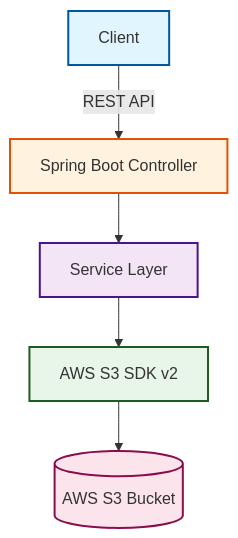
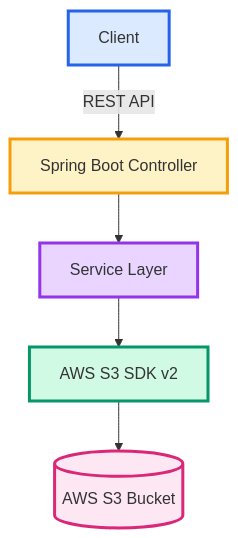
One commit to Vamshi-amudala/file-storage-system changed the diagram in README.md. Above: the diagram before and after it, drawn with Mermaid. The commit also changed other lines of this file, not shown here.

````diff
--- a/README.md
+++ b/README.md
@@ -78,13 +78,13 @@
 ```mermaid
 graph TB
     A[Client] -->|REST API| B[Spring Boot Controller]
     B --> C[Service Layer]
     C --> D[AWS S3 SDK v2]
     D --> E[(AWS S3 Bucket)]
     
-    style A fill:#e1f5ff,stroke:#01579b,stroke-width:2px
-    style B fill:#fff3e0,stroke:#e65100,stroke-width:2px
-    style C fill:#f3e5f5,stroke:#4a148c,stroke-width:2px
-    style D fill:#e8f5e9,stroke:#1b5e20,stroke-width:2px
-    style E fill:#fce4ec,stroke:#880e4f,stroke-width:2px
+    style A fill:#DBEAFE,stroke:#2563EB,stroke-width:3px
+    style B fill:#FEF3C7,stroke:#F59E0B,stroke-width:3px
+    style C fill:#E9D5FF,stroke:#9333EA,stroke-width:3px
+    style D fill:#D1FAE5,stroke:#059669,stroke-width:3px
+    style E fill:#FCE7F3,stroke:#DB2777,stroke-width:3px
 ```
````
